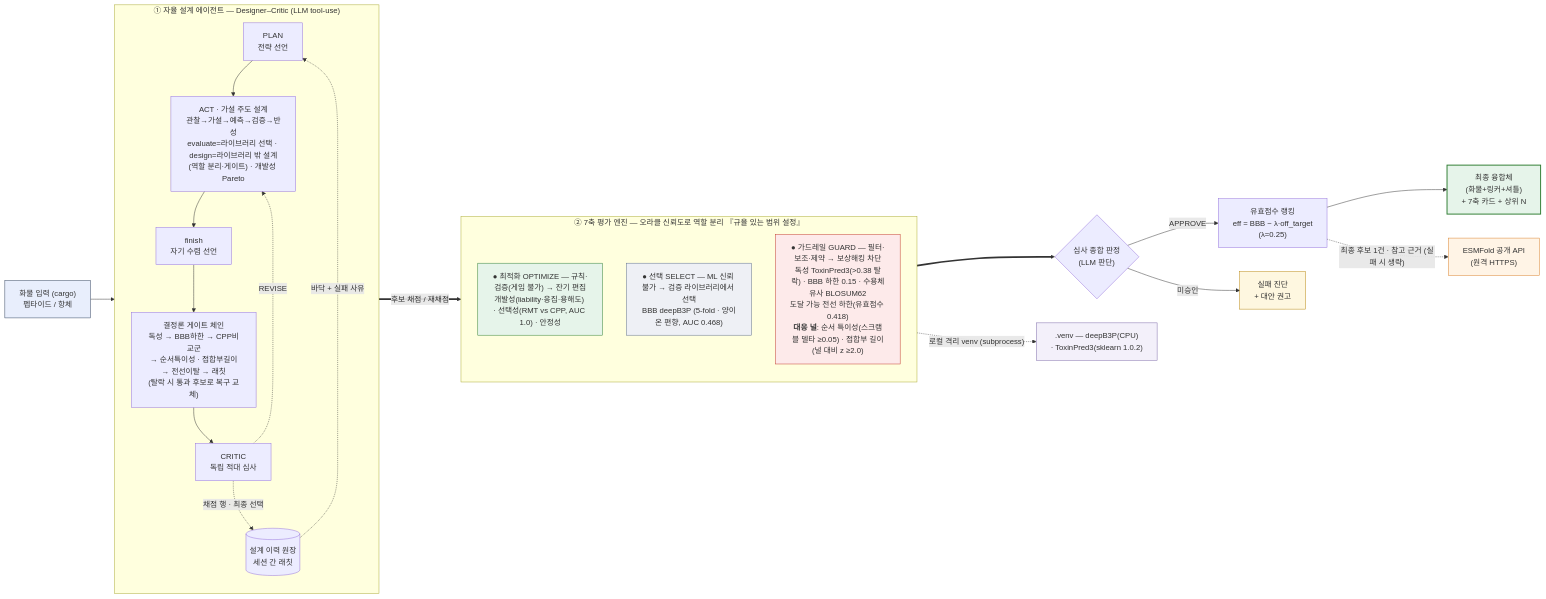
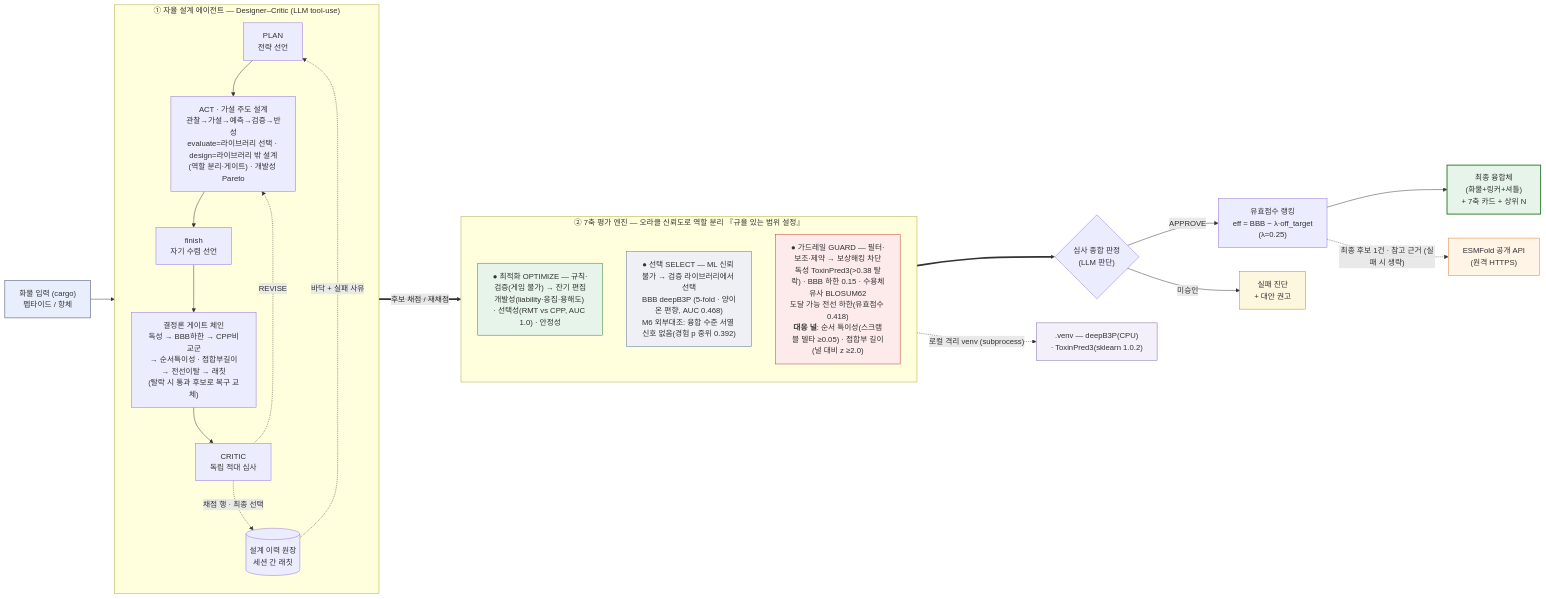
One commit to yunseul6028/BBB-Optimizer changed the first of 10 diagrams in 아키텍처.md. Above: the diagram before and after it, drawn with Mermaid. The commit also changed 5 other files, not shown here.

````diff
--- a/아키텍처.md
+++ b/아키텍처.md
@@ -19,40 +19,40 @@
 ```mermaid
 flowchart LR
   IN["화물 입력 (cargo)<br/>펩타이드 / 항체"]:::io --> AG
 
   subgraph AG["① 자율 설계 에이전트 — Designer–Critic (LLM tool-use)"]
     direction TB
     PLAN["PLAN<br/>전략 선언"] --> ACT["ACT · 가설 주도 설계<br/>관찰→가설→예측→검증→반성<br/>evaluate=라이브러리 선택 · design=라이브러리 밖 설계<br/>(역할 분리·게이트) · 개발성 Pareto"]
     ACT --> FIN["finish<br/>자기 수렴 선언"]
     FIN --> GT["결정론 게이트 체인<br/>독성 → BBB하한 → CPP비교군<br/>→ 순서특이성 · 접합부길이<br/>→ 전선이탈 → 래칫<br/>(탈락 시 통과 후보로 복구 교체)"]
     GT --> CR["CRITIC<br/>독립 적대 심사"]
     CR -.->|REVISE| ACT
     LG[("설계 이력 원장<br/>세션 간 래칫")] -.->|"바닥 + 실패 사유"| PLAN
     CR -.->|"채점 행 · 최종 선택"| LG
   end
 
   AG ==>|"후보 채점 / 재채점"| ENG
 
   subgraph ENG["② 7축 평가 엔진 — 오라클 신뢰도로 역할 분리 『규율 있는 범위 설정』"]
     direction TB
     OPT["● 최적화 OPTIMIZE — 규칙·검증(게임 불가) → 잔기 편집<br/>개발성(liability·응집·용해도) · 선택성(RMT vs CPP, AUC 1.0) · 안정성"]:::opt
-    SEL["● 선택 SELECT — ML 신뢰 불가 → 검증 라이브러리에서 선택<br/>BBB deepB3P (5-fold · 양이온 편향, AUC 0.468)"]:::sel
+    SEL["● 선택 SELECT — ML 신뢰 불가 → 검증 라이브러리에서 선택<br/>BBB deepB3P (5-fold · 양이온 편향, AUC 0.468)<br/>M6 외부대조: 융합 수준 서열 신호 없음(경험 p 중위 0.392)"]:::sel
     GRD["● 가드레일 GUARD — 필터·보조·제약 → 보상해킹 차단<br/>독성 ToxinPred3(&gt;0.38 탈락) · BBB 하한 0.15 · 수용체유사 BLOSUM62<br/>도달 가능 전선 하한(유효점수 0.418)<br/><b>대응 널</b>: 순서 특이성(스크램블 델타 ≥0.05) · 접합부 길이(널 대비 z ≥2.0)"]:::grd
   end
 
   ENG ==> J{"심사 종합 판정<br/>(LLM 판단)"}
   J -->|APPROVE| RK["유효점수 랭킹<br/>eff = BBB − λ·off_target<br/>(λ=0.25)"] --> OUT["최종 융합체<br/>(화물+링커+셔틀)<br/>+ 7축 카드 + 상위 N"]:::ok
   J -->|"미승인"| F["실패 진단<br/>+ 대안 권고"]:::warn
 
   ENG -.->|"로컬 격리 venv (subprocess)"| VENV[".venv — deepB3P(CPU)<br/>· ToxinPred3(sklearn 1.0.2)"]:::venv
   RK -.->|"최종 후보 1건 · 참고 근거 (실패 시 생략)"| API["ESMFold 공개 API<br/>(원격 HTTPS)"]:::api
 
   classDef io fill:#e8eefc,stroke:#30405c;
   classDef opt fill:#e6f4ea,stroke:#2e7d32;
   classDef sel fill:#eef0f5,stroke:#5a6b8c;
   classDef grd fill:#fdeaea,stroke:#c0392b;
   classDef ok fill:#e6f4ea,stroke:#2e7d32,stroke-width:2px;
   classDef warn fill:#fef7e0,stroke:#b8860b;
   classDef venv fill:#f3f0fa,stroke:#7c6aa8;
   classDef api fill:#fff4e6,stroke:#d9822b;
 ```
````
